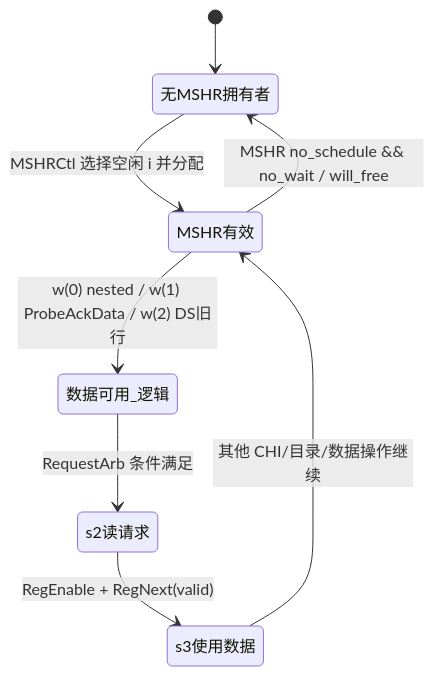
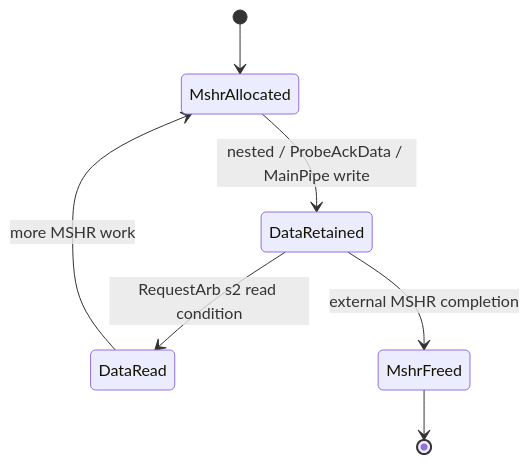
The second of 2 diagrams in xiangshan-course/docs-en/4-xiangshan-microarchitecture-analysis/3-xiangshan-source-code-analysis/cache/Cache-ReleaseBuffer.md (OpenXiangShan/XiangShanLab), drawn with Mermaid before and after one commit. The commit also changed other lines of this file and 176 other files, not shown here.

````diff
--- a/xiangshan-course/docs-en/4-xiangshan-microarchitecture-analysis/3-xiangshan-source-code-analysis/cache/Cache-ReleaseBuffer.md
+++ b/xiangshan-course/docs-en/4-xiangshan-microarchitecture-analysis/3-xiangshan-source-code-analysis/cache/Cache-ReleaseBuffer.md
@@ -356,10 +728,9 @@
 ```mermaid
 stateDiagram-v2
-    [*] --> 无MSHR拥有者
-    无MSHR拥有者 --> MSHR有效: MSHRCtl 选择空闲 i 并分配
-    MSHR有效 --> 数据可用_逻辑: w(0) nested / w(1) ProbeAckData / w(2) DS旧行
-    数据可用_逻辑 --> s2读请求: RequestArb 条件满足
-    s2读请求 --> s3使用数据: RegEnable + RegNext(valid)
-    s3使用数据 --> MSHR有效: 其他 CHI/目录/数据操作继续
-    MSHR有效 --> 无MSHR拥有者: MSHR no_schedule && no_wait / will_free
+  [*] --> MshrAllocated
+  MshrAllocated --> DataRetained: nested / ProbeAckData / MainPipe write
+  DataRetained --> DataRead: RequestArb s2 read condition
+  DataRead --> MshrAllocated: more MSHR work
+  DataRetained --> MshrFreed: external MSHR completion
+  MshrFreed --> [*]
 ```
````
